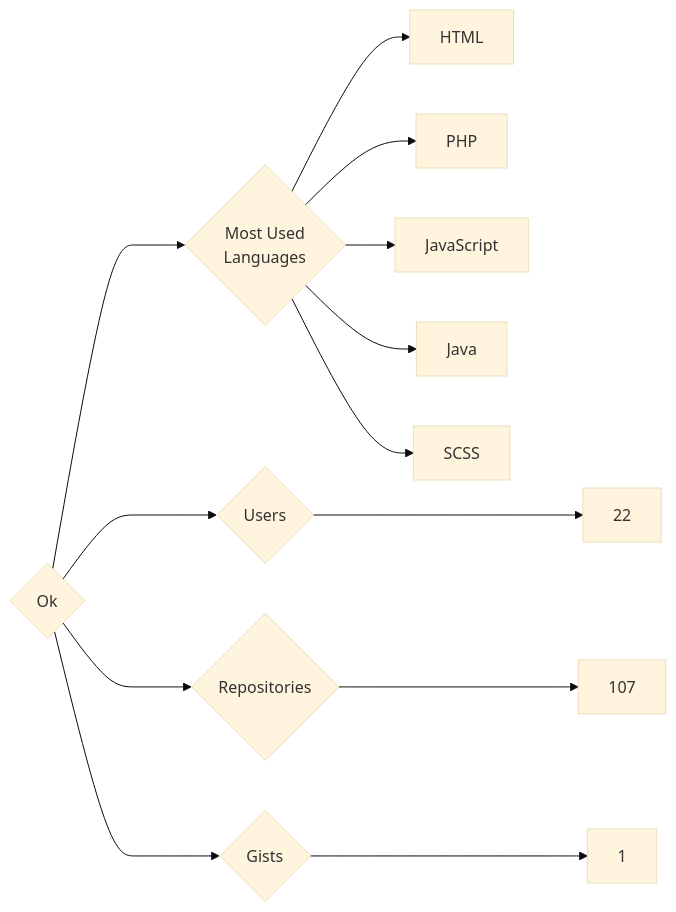
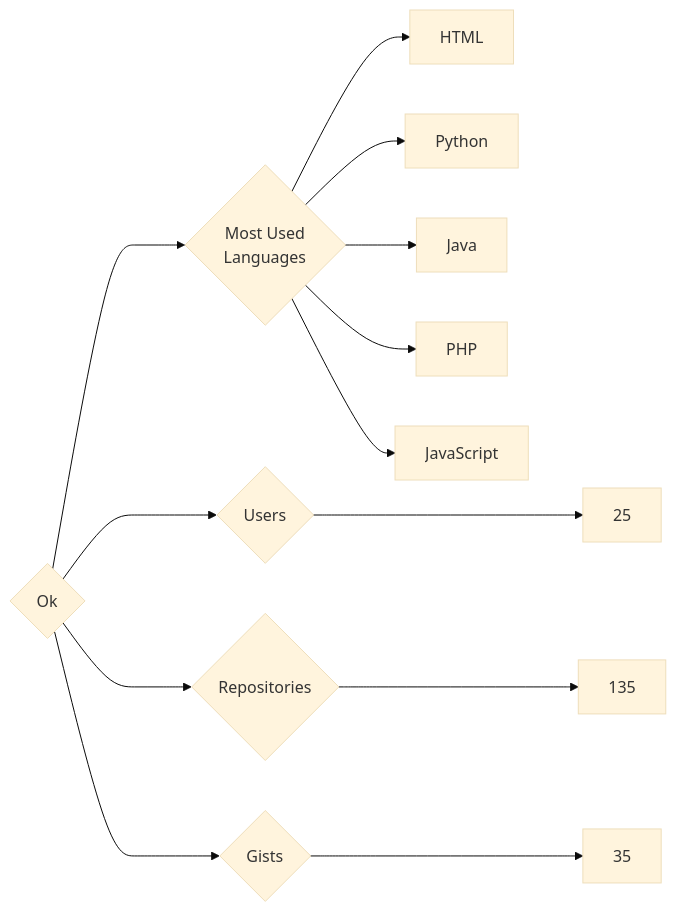
The diagram in targets/Ok/README.md (trickest/insiders), drawn with Mermaid (base theme) before and after one commit. The commit also changed 953 other files, not shown here.

````diff
--- a/targets/Ok/README.md
+++ b/targets/Ok/README.md
@@ -3,13 +3,13 @@
 ```mermaid
 graph LR
 COMPANY_NAME{Ok}
-COMPANY_NAME ---> U{Users} ---> UN[22]
-COMPANY_NAME ---> R{Repositories} ---> RN[107]
-COMPANY_NAME ---> G{Gists} ---> GN[1]
+COMPANY_NAME ---> U{Users} ---> UN[25]
+COMPANY_NAME ---> R{Repositories} ---> RN[135]
+COMPANY_NAME ---> G{Gists} ---> GN[35]
 COMPANY_NAME ---> ML{Most Used<br>Languages}
 ML --> HTML[HTML]
+ML --> Python[Python]
+ML --> Java[Java]
 ML --> PHP[PHP]
 ML --> JavaScript[JavaScript]
-ML --> Java[Java]
-ML --> SCSS[SCSS]
 ```
````
